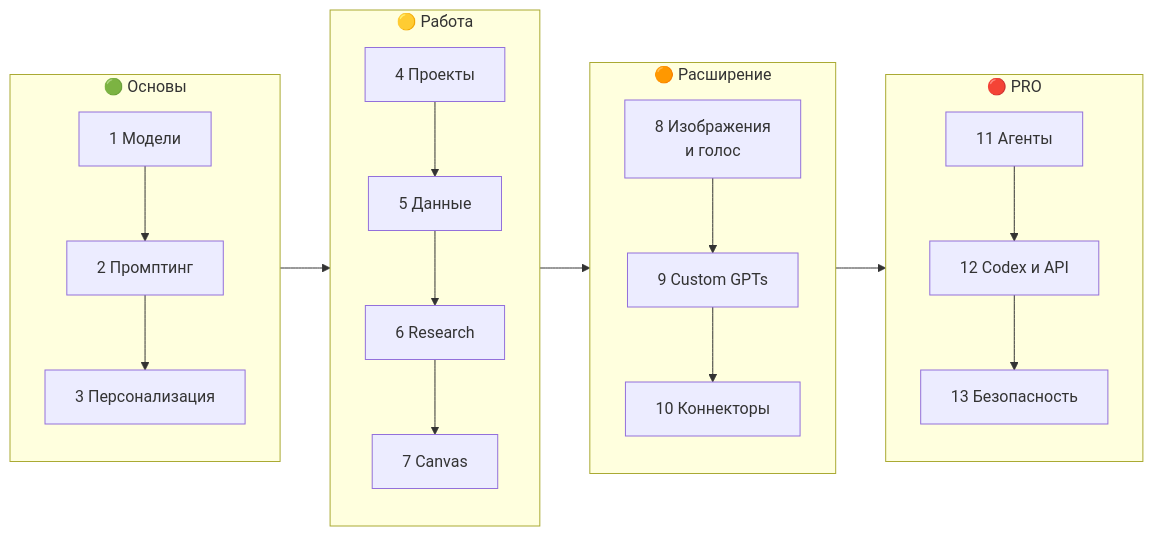
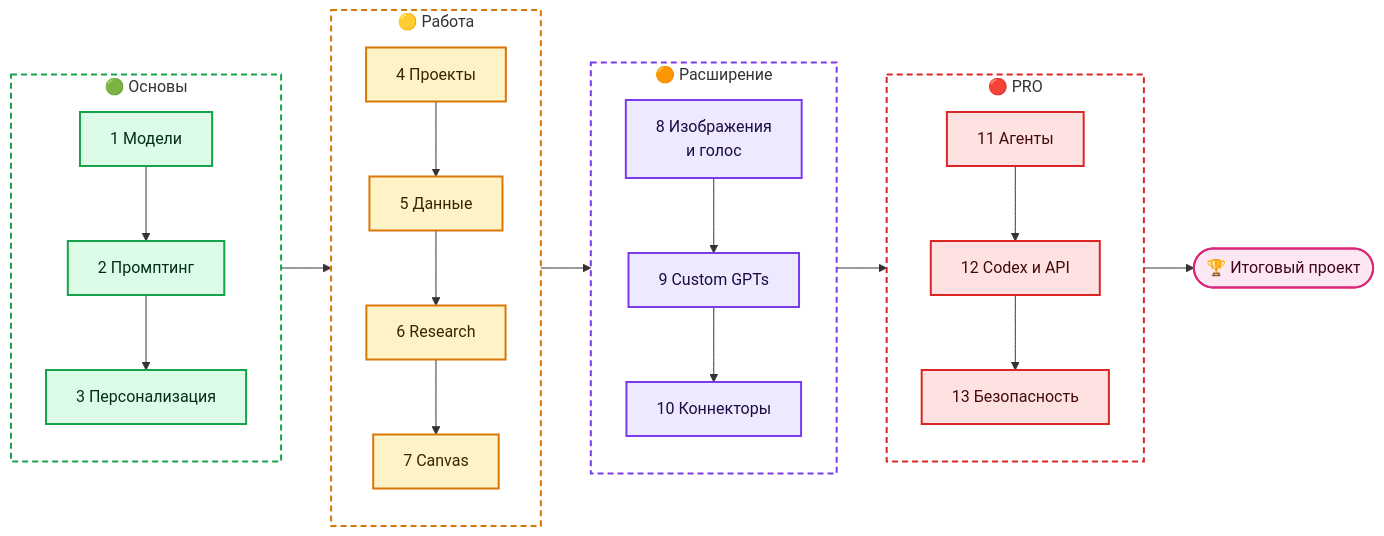
One commit to justxor/ChatGPT_ru changed the sixth of 13 diagrams in README.md. Above: the diagram before and after it, drawn with Mermaid. The commit also changed other lines of this file, not shown here.

Commit message:
Схемы: цветовая разметка, группы и подписи; карта «Что полезного в репозитории»

````diff
--- a/README.md
+++ b/README.md
@@ -176,16 +256,30 @@
 ```mermaid
 flowchart LR
     subgraph B["🟢 Основы"]
         M1["1 Модели"] --> M2["2 Промптинг"] --> M3["3 Персонализация"]
     end
     subgraph W["🟡 Работа"]
         M4["4 Проекты"] --> M5["5 Данные"] --> M6["6 Research"] --> M7["7 Canvas"]
     end
     subgraph E["🟠 Расширение"]
         M8["8 Изображения<br/>и голос"] --> M9["9 Custom GPTs"] --> M10["10 Коннекторы"]
     end
     subgraph P["🔴 PRO"]
         M11["11 Агенты"] --> M12["12 Codex и API"] --> M13["13 Безопасность"]
     end
-    B --> W --> E --> P
+    B --> W --> E --> P --> F(["🏆 Итоговый проект"]):::out
+    class M1,M2,M3 tool
+    class M4,M5,M6,M7 model
+    class M8,M9,M10 ctx
+    class M11,M12,M13 warn
+    style B fill:none,stroke:#16a34a,stroke-width:2px,stroke-dasharray:6 4
+    style W fill:none,stroke:#d97706,stroke-width:2px,stroke-dasharray:6 4
+    style E fill:none,stroke:#7c3aed,stroke-width:2px,stroke-dasharray:6 4
+    style P fill:none,stroke:#dc2626,stroke-width:2px,stroke-dasharray:6 4
+    classDef user fill:#dbeafe,stroke:#2563eb,stroke-width:2px,color:#0b1f44
+    classDef ctx fill:#ede9fe,stroke:#7c3aed,stroke-width:2px,color:#1e0b44
+    classDef model fill:#fef3c7,stroke:#d97706,stroke-width:2px,color:#3b2300
+    classDef tool fill:#dcfce7,stroke:#16a34a,stroke-width:2px,color:#052e16
+    classDef out fill:#fce7f3,stroke:#db2777,stroke-width:2px,color:#3f0420
+    classDef warn fill:#fee2e2,stroke:#dc2626,stroke-width:2px,color:#450a0a
 ```
````
